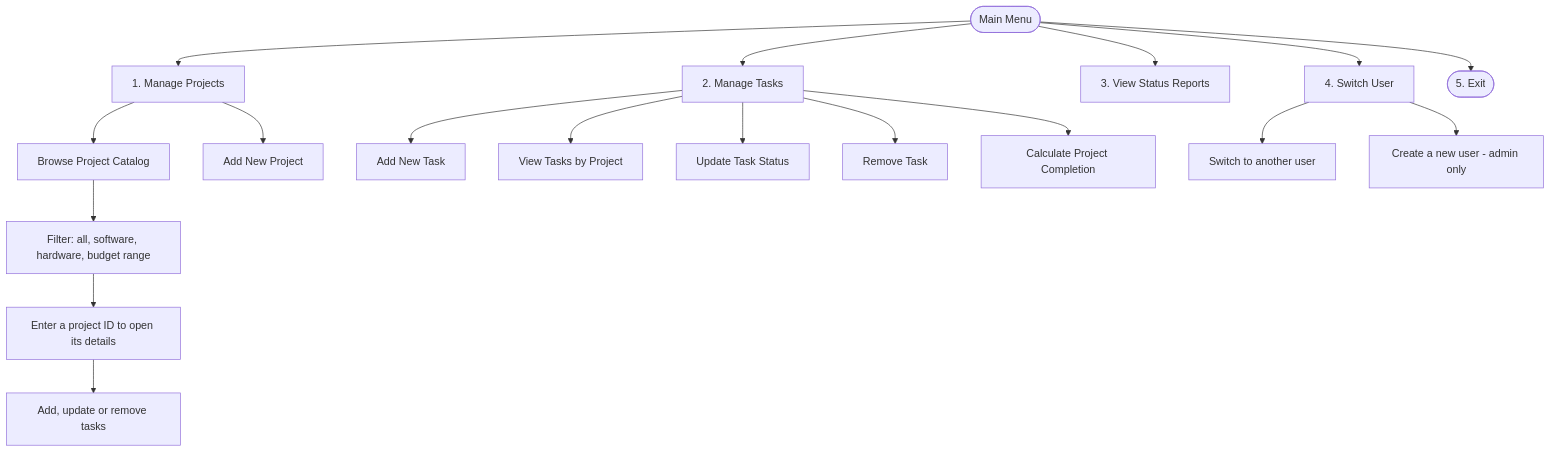
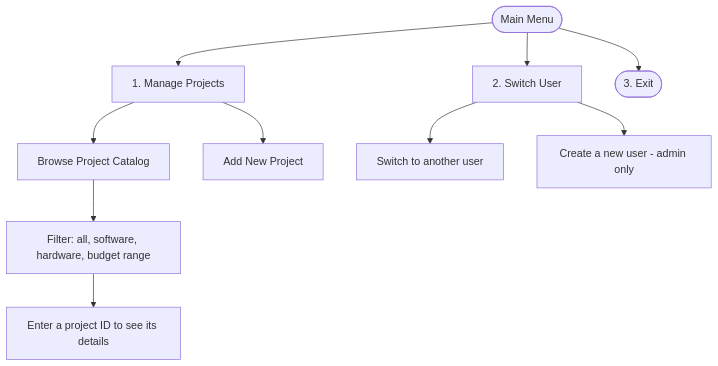
Before and after one commit to josephus-mupanda/project-management-system-agile-and-devops: the second of 2 diagrams in README.md, drawn with Mermaid. The commit also changed other lines of this file and 12 other files, not shown here.

Commit message:
refactor: reduce scope to users and projects by removing tasks and reports

````diff
--- a/README.md
+++ b/README.md
@@ -64,23 +36,14 @@
 ```mermaid
 flowchart TD
     M(["Main Menu"]) --> P["1. Manage Projects"]
-    M --> T["2. Manage Tasks"]
-    M --> R["3. View Status Reports"]
-    M --> U["4. Switch User"]
-    M --> X(["5. Exit"])
+    M --> U["2. Switch User"]
+    M --> X(["3. Exit"])
 
     P --> P1["Browse Project Catalog"]
     P --> P2["Add New Project"]
     P1 --> F["Filter: all, software, hardware, budget range"]
-    F --> D["Enter a project ID to open its details"]
-    D --> DO["Add, update or remove tasks"]
-
-    T --> T1["Add New Task"]
-    T --> T2["View Tasks by Project"]
-    T --> T3["Update Task Status"]
-    T --> T4["Remove Task"]
-    T --> T5["Calculate Project Completion"]
+    F --> D["Enter a project ID to see its details"]
 
     U --> U1["Switch to another user"]
     U --> U2["Create a new user - admin only"]
 ```
````
